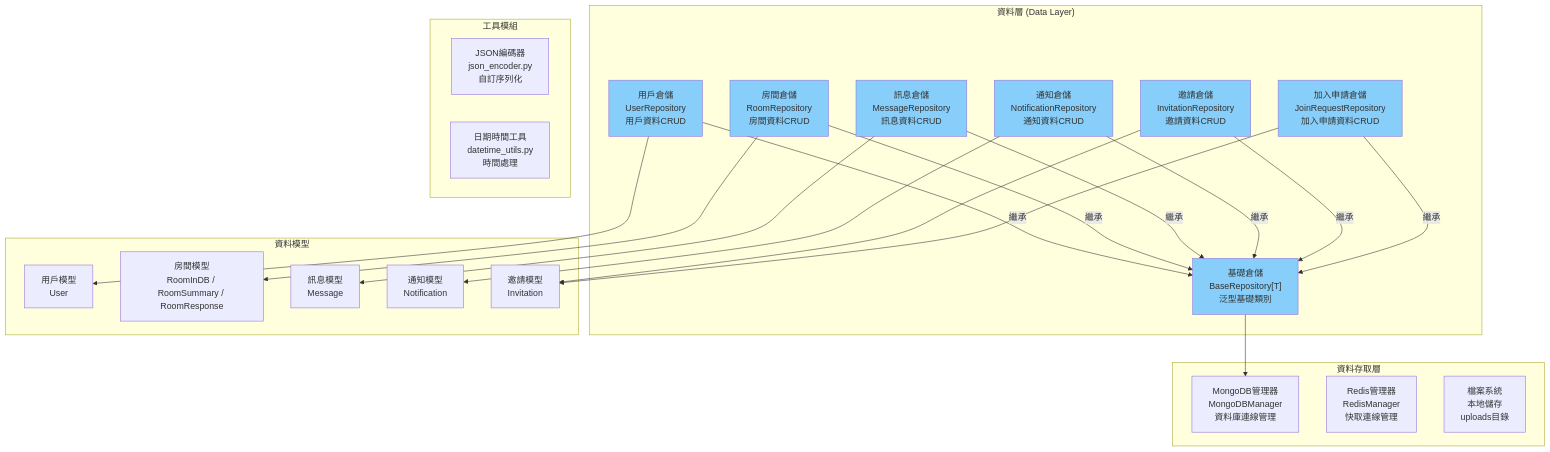
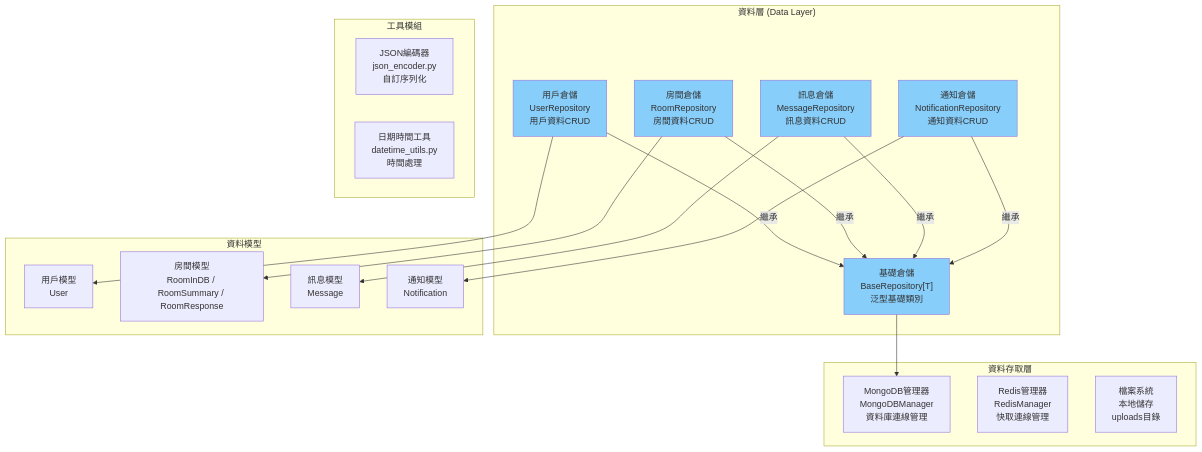
One commit to twtrubiks/mongo-fastapi-svelte-chat changed the fifth of 11 diagrams in docs/c4-architecture.md. Above: the diagram before and after it, drawn with Mermaid. The commit also changed other lines of this file and 2 other files, not shown here.

````diff
--- a/docs/c4-architecture.md
+++ b/docs/c4-architecture.md
@@ -231,56 +224,47 @@
 ```mermaid
 graph TB
     subgraph "資料層 (Data Layer)"
         BaseRepository["基礎倉儲<br/>BaseRepository[T]<br/>泛型基礎類別"]
         UserRepository[用戶倉儲<br/>UserRepository<br/>用戶資料CRUD]
         RoomRepository[房間倉儲<br/>RoomRepository<br/>房間資料CRUD]
         MessageRepository[訊息倉儲<br/>MessageRepository<br/>訊息資料CRUD]
         NotificationRepository[通知倉儲<br/>NotificationRepository<br/>通知資料CRUD]
-        InvitationRepository[邀請倉儲<br/>InvitationRepository<br/>邀請資料CRUD]
-        JoinRequestRepository[加入申請倉儲<br/>JoinRequestRepository<br/>加入申請資料CRUD]
     end
 
     UserRepository -->|繼承| BaseRepository
     RoomRepository -->|繼承| BaseRepository
     MessageRepository -->|繼承| BaseRepository
     NotificationRepository -->|繼承| BaseRepository
-    InvitationRepository -->|繼承| BaseRepository
-    JoinRequestRepository -->|繼承| BaseRepository
 
     subgraph "資料存取層"
         MongoDBManager[MongoDB管理器<br/>MongoDBManager<br/>資料庫連線管理]
         RedisManager[Redis管理器<br/>RedisManager<br/>快取連線管理]
         FileSystem[檔案系統<br/>本地儲存<br/>uploads目錄]
     end
 
     subgraph "資料模型"
         UserModel[用戶模型<br/>User]
         RoomModel[房間模型<br/>RoomInDB / RoomSummary / RoomResponse]
         MessageModel[訊息模型<br/>Message]
         NotificationModel[通知模型<br/>Notification]
-        InvitationModel[邀請模型<br/>Invitation]
     end
 
     subgraph "工具模組"
         JsonEncoder[JSON編碼器<br/>json_encoder.py<br/>自訂序列化]
         DatetimeUtils[日期時間工具<br/>datetime_utils.py<br/>時間處理]
     end
 
     BaseRepository --> MongoDBManager
     %% 錯誤處理：Repository 不攔截 DB 異常，由 GlobalErrorHandler 中間件統一處理
 
     UserRepository --> UserModel
     RoomRepository --> RoomModel
     MessageRepository --> MessageModel
     NotificationRepository --> NotificationModel
-    InvitationRepository --> InvitationModel
-    JoinRequestRepository --> InvitationModel
 
     style BaseRepository fill:#87CEFA
     style UserRepository fill:#87CEFA
     style RoomRepository fill:#87CEFA
     style MessageRepository fill:#87CEFA
     style NotificationRepository fill:#87CEFA
-    style InvitationRepository fill:#87CEFA
-    style JoinRequestRepository fill:#87CEFA
 ```
````
